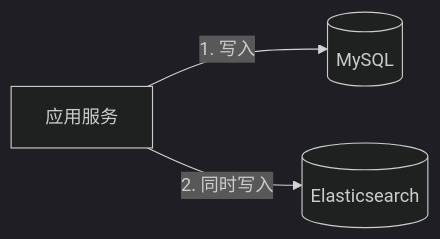
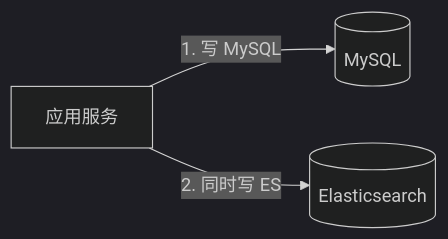
The second of 4 diagrams in docs/elasticsearch/05-distributed-internals/chapter-07-data-consistency.md (b1tzer/the-stack), drawn with Mermaid (dark theme) before and after one commit. The commit also changed other lines of this file and 467 other files, not shown here.

````diff
--- a/docs/elasticsearch/05-distributed-internals/chapter-07-data-consistency.md
+++ b/docs/elasticsearch/05-distributed-internals/chapter-07-data-consistency.md
@@ -198,5 +85,5 @@
 ```mermaid
 flowchart LR
-    App[应用服务] -->|"1. 写入"| MySQL[(MySQL)]
-    App -->|"2. 同时写入"| ES[(Elasticsearch)]
+    App["应用服务"] -->|"1. 写 MySQL"| MySQL[("MySQL")]
+    App -->|"2. 同时写 ES"| ES[("Elasticsearch")]
 ```
````
